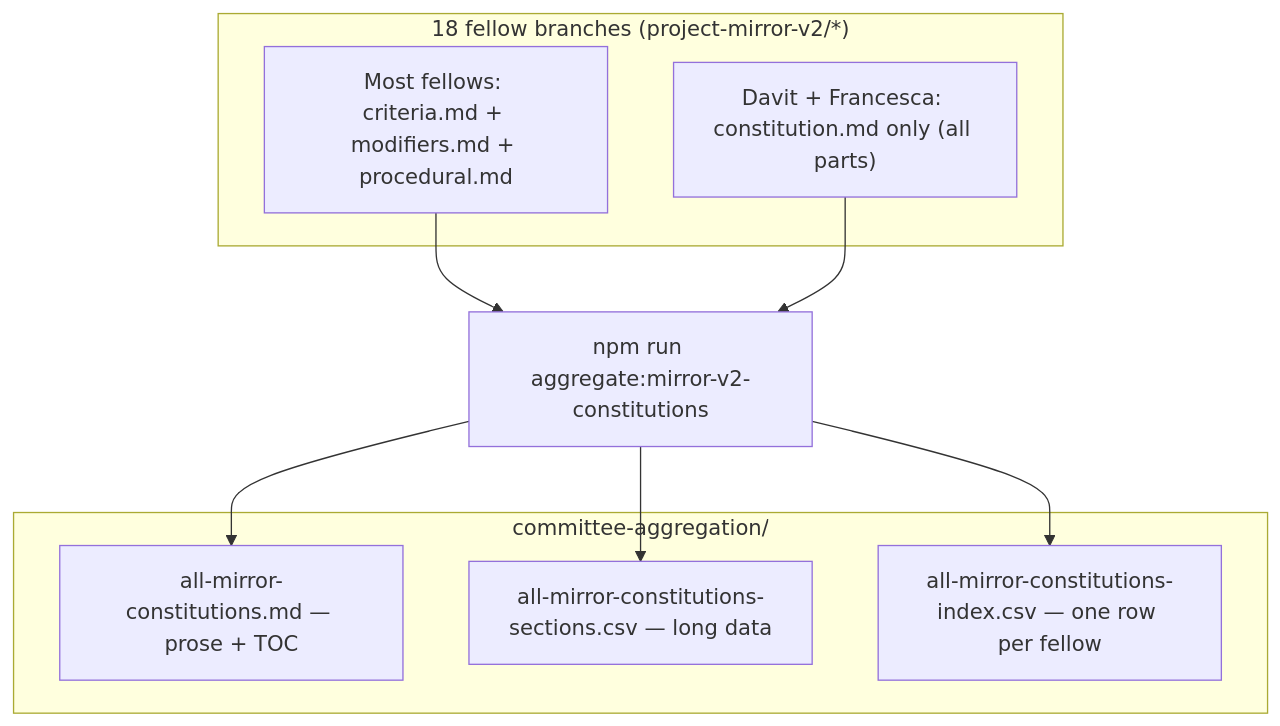
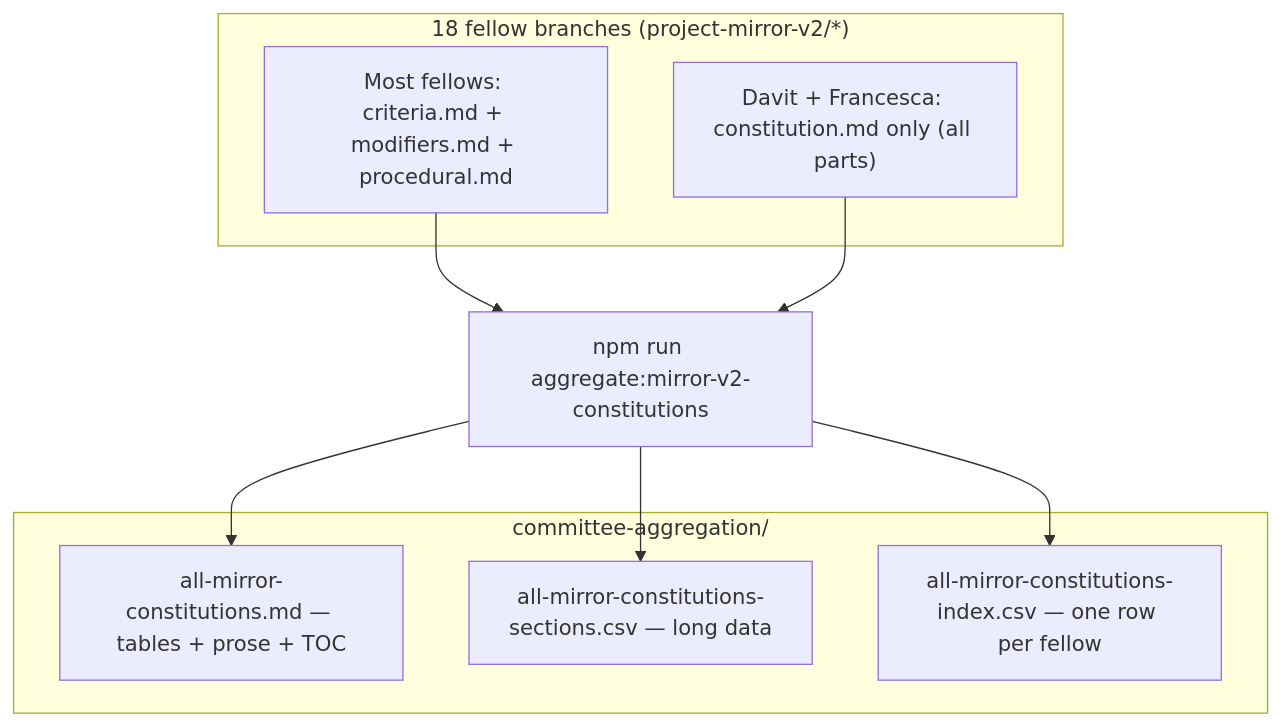
One commit to nwspk/politech-awards-2026 changed the diagram in iterations/project-mirror-v2/committee-aggregation/pr-93-body.md. Above: the diagram before and after it, drawn with Mermaid. The commit also changed other lines of this file and 4 other files, not shown here.

````diff
--- a/iterations/project-mirror-v2/committee-aggregation/pr-93-body.md
+++ b/iterations/project-mirror-v2/committee-aggregation/pr-93-body.md
@@ -5,21 +5,21 @@
 ```mermaid
 flowchart TB
   subgraph sources["18 fellow branches (project-mirror-v2/*)"]
     split["Most fellows: criteria.md + modifiers.md + procedural.md"]
     single["Davit + Francesca: constitution.md only (all parts)"]
   end
 
   run["npm run aggregate:mirror-v2-constitutions"]
 
   subgraph artifacts["committee-aggregation/"]
-    md["all-mirror-constitutions.md — prose + TOC"]
+    md["all-mirror-constitutions.md — tables + prose + TOC"]
     sec["all-mirror-constitutions-sections.csv — long data"]
     idx["all-mirror-constitutions-index.csv — one row per fellow"]
   end
 
   split --> run
   single --> run
   run --> md
   run --> sec
   run --> idx
 ```
````
